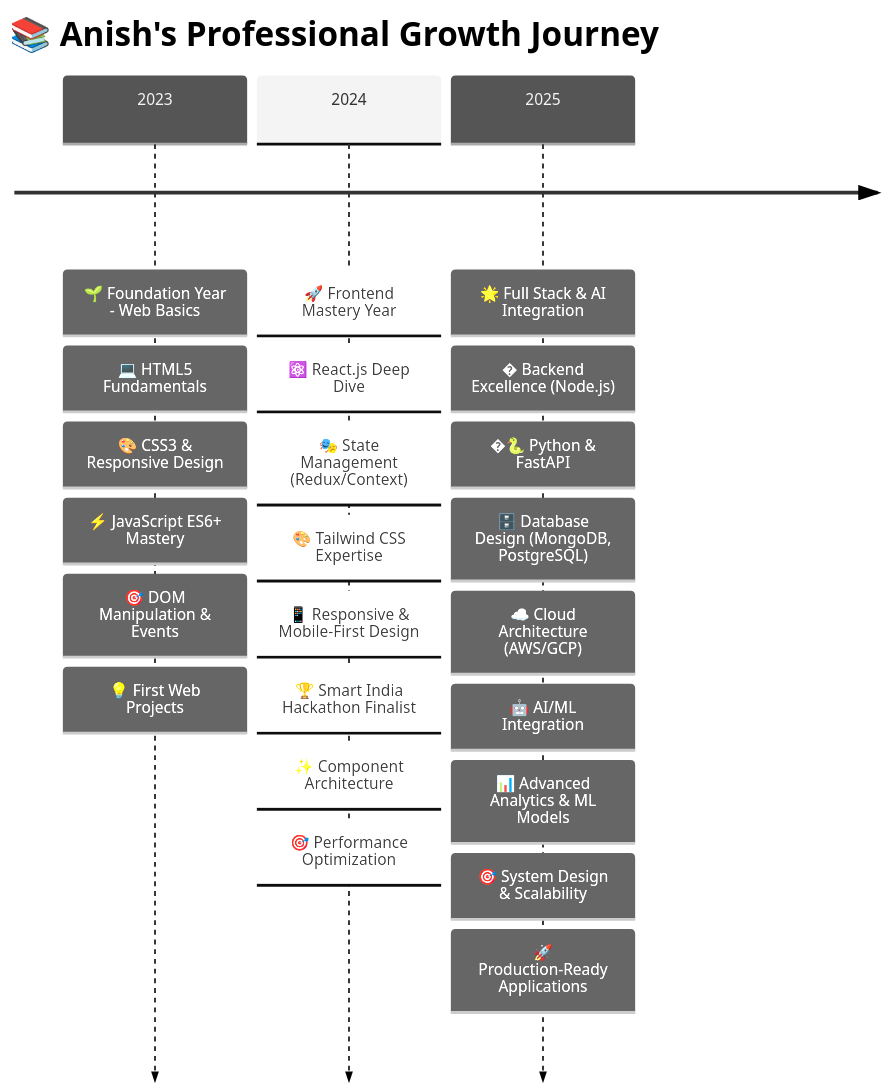
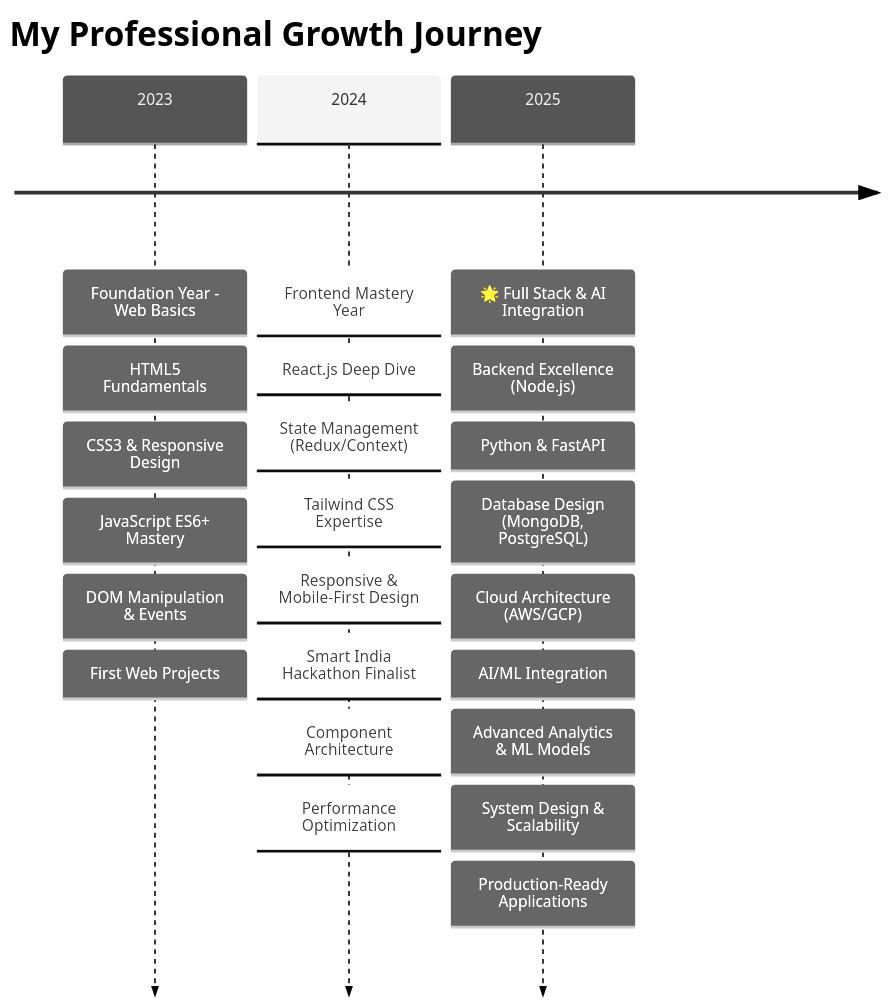
Before and after one commit to Anish-2005/Anish-2005: the second of 4 diagrams in README.md, drawn with Mermaid (neutral theme). The commit also changed other lines of this file, not shown here.

````diff
--- a/README.md
+++ b/README.md
@@ -155,29 +128,29 @@
 ```mermaid
 timeline
-    title 📚 Anish's Professional Growth Journey
-    2023 : 🌱 Foundation Year - Web Basics
-         : 💻 HTML5 Fundamentals
-         : 🎨 CSS3 & Responsive Design
-         : ⚡ JavaScript ES6+ Mastery
-         : 🎯 DOM Manipulation & Events
-         : 💡 First Web Projects
+    title  My Professional Growth Journey
+    2023 :  Foundation Year - Web Basics
+         :  HTML5 Fundamentals
+         :  CSS3 & Responsive Design
+         :  JavaScript ES6+ Mastery
+         :  DOM Manipulation & Events
+         :  First Web Projects
     
-    2024 : 🚀 Frontend Mastery Year
-         : ⚛️ React.js Deep Dive
-         : 🎭 State Management (Redux/Context)
-         : 🎨 Tailwind CSS Expertise
-         : 📱 Responsive & Mobile-First Design
-         : 🏆 Smart India Hackathon Finalist
-         : ✨ Component Architecture
-         : 🎯 Performance Optimization
+    2024 :  Frontend Mastery Year
+         :  React.js Deep Dive
+         :  State Management (Redux/Context)
+         :  Tailwind CSS Expertise
+         :  Responsive & Mobile-First Design
+         :  Smart India Hackathon Finalist
+         :  Component Architecture
+         :  Performance Optimization
     
     2025 : 🌟 Full Stack & AI Integration
-         : � Backend Excellence (Node.js)
-         : �🐍 Python & FastAPI
-         : 🗄️ Database Design (MongoDB, PostgreSQL)
-         : ☁️ Cloud Architecture (AWS/GCP)
-         : 🤖 AI/ML Integration
-         : 📊 Advanced Analytics & ML Models
-         : 🎯 System Design & Scalability
-         : 🚀 Production-Ready Applications
+         :  Backend Excellence (Node.js)
+         :  Python & FastAPI
+         :  Database Design (MongoDB, PostgreSQL)
+         :  Cloud Architecture (AWS/GCP)
+         :  AI/ML Integration
+         :  Advanced Analytics & ML Models
+         :  System Design & Scalability
+         :  Production-Ready Applications
 ```
````
